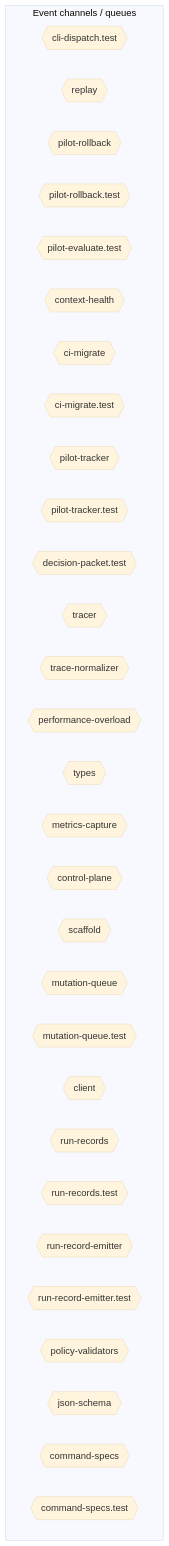
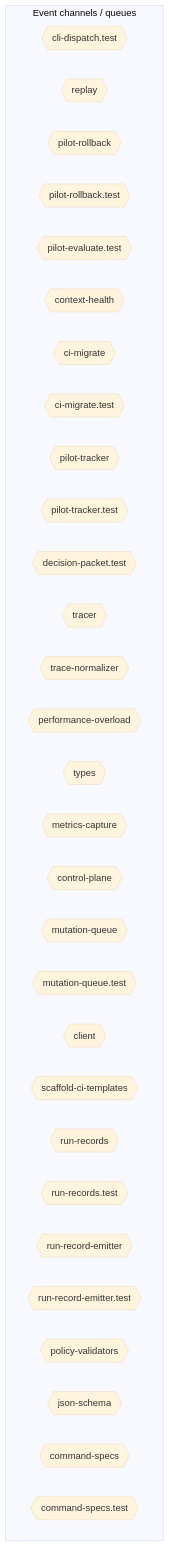
One commit to jscraik/coding-harness changed the sixth of 10 diagrams in AI/context/diagram-context.md. Above: the diagram before and after it, drawn with Mermaid (base theme). The commit also changed other lines of this file and 98 other files, not shown here.

````diff
--- a/AI/context/diagram-context.md
+++ b/AI/context/diagram-context.md
@@ -1926,36 +1984,36 @@
 ```mermaid
 flowchart TD
   subgraph Channels["Event channels / queues"]
     cli_dispatch_test_54c9f17b{{"cli-dispatch.test"}}
     replay_ac203c98{{"replay"}}
     pilot_rollback_00c1f82c{{"pilot-rollback"}}
     pilot_rollback_test_e61d5a2b{{"pilot-rollback.test"}}
     pilot_evaluate_test_a2ac06fc{{"pilot-evaluate.test"}}
     context_health_80bb7da9{{"context-health"}}
     ci_migrate_78bb70b1{{"ci-migrate"}}
     ci_migrate_test_2a015bb9{{"ci-migrate.test"}}
     pilot_tracker_5c767813{{"pilot-tracker"}}
     pilot_tracker_test_80398a66{{"pilot-tracker.test"}}
     decision_packet_test_9ea0e97b{{"decision-packet.test"}}
     tracer_1e6243a2{{"tracer"}}
     trace_normalizer_cb1be1d2{{"trace-normalizer"}}
     performance_overload_c685bfcf{{"performance-overload"}}
     types_10_75e5a4a0{{"types"}}
     metrics_capture_1d1a2c08{{"metrics-capture"}}
     control_plane_96826665{{"control-plane"}}
-    scaffold_db8a7260{{"scaffold"}}
     mutation_queue_ce5a530e{{"mutation-queue"}}
     mutation_queue_test_10b599e8{{"mutation-queue.test"}}
     client_1_914e1681{{"client"}}
+    scaffold_ci_templates_2afd6392{{"scaffold-ci-templates"}}
     run_records_f616aa7c{{"run-records"}}
     run_records_test_3ee6a0e3{{"run-records.test"}}
     run_record_emitter_00168a3a{{"run-record-emitter"}}
     run_record_emitter_test_5475c0da{{"run-record-emitter.test"}}
     policy_validators_6682e192{{"policy-validators"}}
     json_schema_74a768d7{{"json-schema"}}
     command_specs_69167c63{{"command-specs"}}
     command_specs_test_7f693e85{{"command-specs.test"}}
   end
   classDef eventNode fill:#db2777,color:#fff
 
 ```
````
